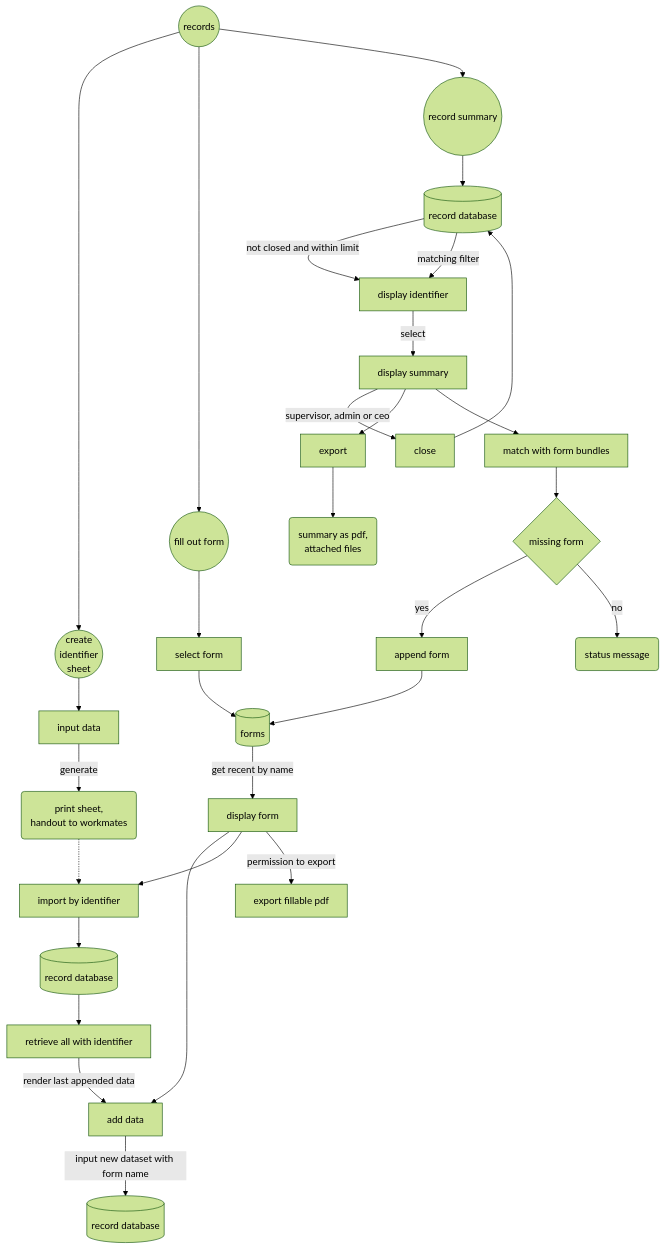
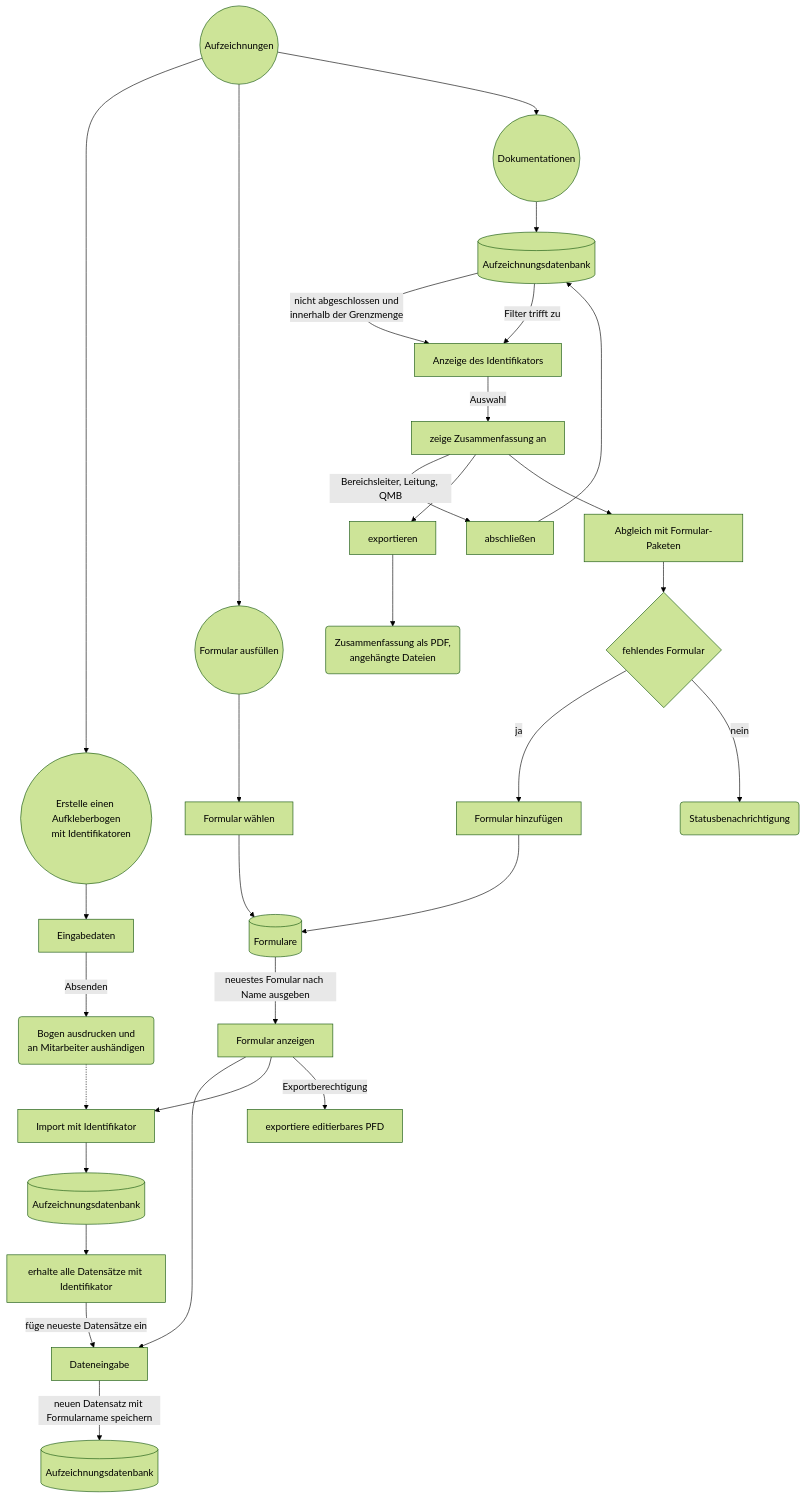
One commit to erroronline1/caro changed the fourth of 7 diagrams in readme.de.md. Above: the diagram before and after it, drawn with Mermaid (forest theme). The commit also changed other lines of this file, not shown here.

````diff
--- a/readme.de.md
+++ b/readme.de.md
@@ -458,39 +458,39 @@
 ```mermaid
 graph TD;
-    records((records))-->identifiersheet(("create
-    identifier
-    sheet"));
-    identifiersheet-->input[input data];
-    input-->|generate|print("print sheet,
-    handout to workmates");
+    records((Aufzeichnungen))-->identifiersheet(("Erstelle einen Aufkleberbogen
+    mit Identifikatoren"));
+    identifiersheet-->input[Eingabedaten];
+    input-->|Absenden|print("Bogen ausdrucken und
+    an Mitarbeiter aushändigen");
 
-    records-->fillform((fill out form));
-    fillform-->selectform[select form];
-    selectform-->forms[(forms)];
-    forms-->|get recent by name|displayform[display form];
-    displayform-->inputdata[add data];
-    inputdata-->|input new dataset with form name|recorddb[(record database)];
-    displayform-->idimport[import by identifier];
-    idimport-->recorddb2[(record database)];
-    recorddb2-->selectbyid[retrieve all with identifier];
-    selectbyid-->|render last appended data|inputdata;
-    displayform-->|permission to export|exportform[export fillable pdf]
+    records-->fillform((Formular ausfüllen));
+    fillform-->selectform[Formular wählen];
+    selectform-->forms[(Formulare)];
+    forms-->|neuestes Fomular nach Name ausgeben|displayform[Formular anzeigen];
+    displayform-->inputdata[Dateneingabe];
+    inputdata-->|neuen Datensatz mit Formularname speichern|recorddb[(Aufzeichnungsdatenbank)];
+    displayform-->idimport[Import mit Identifikator];
+    idimport-->recorddb2[(Aufzeichnungsdatenbank)];
+    recorddb2-->selectbyid[erhalte alle Datensätze mit Identifikator];
+    selectbyid-->|füge neueste Datensätze ein|inputdata;
+    displayform-->|Exportberechtigung|exportform[exportiere editierbares PFD]
 
     print-.->idimport;
 
-    records-->summaries((record summary));
-    summaries-->recorddb3[(record database)]
-    recorddb3-->|not closed and within limit|displayids[display identifier];
-    recorddb3-->|matching filter|displayids;
-    displayids-->|select|summary[display summary];
-    summary-->|supervisor, admin or ceo|close[close];
+    records-->summaries((Dokumentationen));
+    summaries-->recorddb3[(Aufzeichnungsdatenbank)]
+    recorddb3-->|"nicht abgeschlossen und
+    innerhalb der Grenzmenge"|displayids[Anzeige des Identifikators];
+    recorddb3-->|Filter trifft zu|displayids;
+    displayids-->|Auswahl|summary[zeige Zusammenfassung an];
+    summary-->|Bereichsleiter, Leitung, QMB|close[abschließen];
     close-->recorddb3
-    summary-->export[export];
-    export-->pdf("summary as pdf,
-    attached files");
-    summary-->matchbundles[match with form bundles];
-    matchbundles-->missing{missing form};
-    missing-->|yes|appenddata[append form];
+    summary-->export[exportieren];
+    export-->pdf("Zusammenfassung als PDF,
+    angehängte Dateien");
+    summary-->matchbundles[Abgleich mit Formular-Paketen];
+    matchbundles-->missing{fehlendes Formular};
+    missing-->|ja|appenddata[Formular hinzufügen];
     appenddata-->forms;
-    missing-->|no|nonemissing(status message);
+    missing-->|nein|nonemissing(Statusbenachrichtigung);
 ```
````
